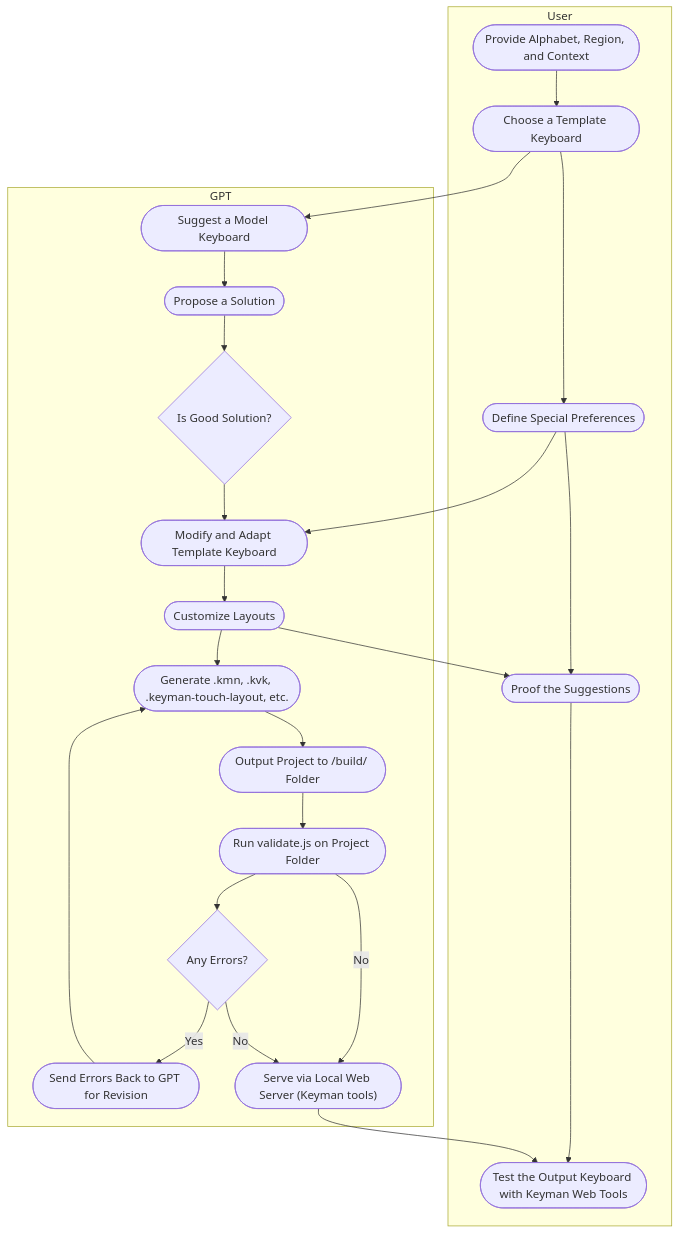
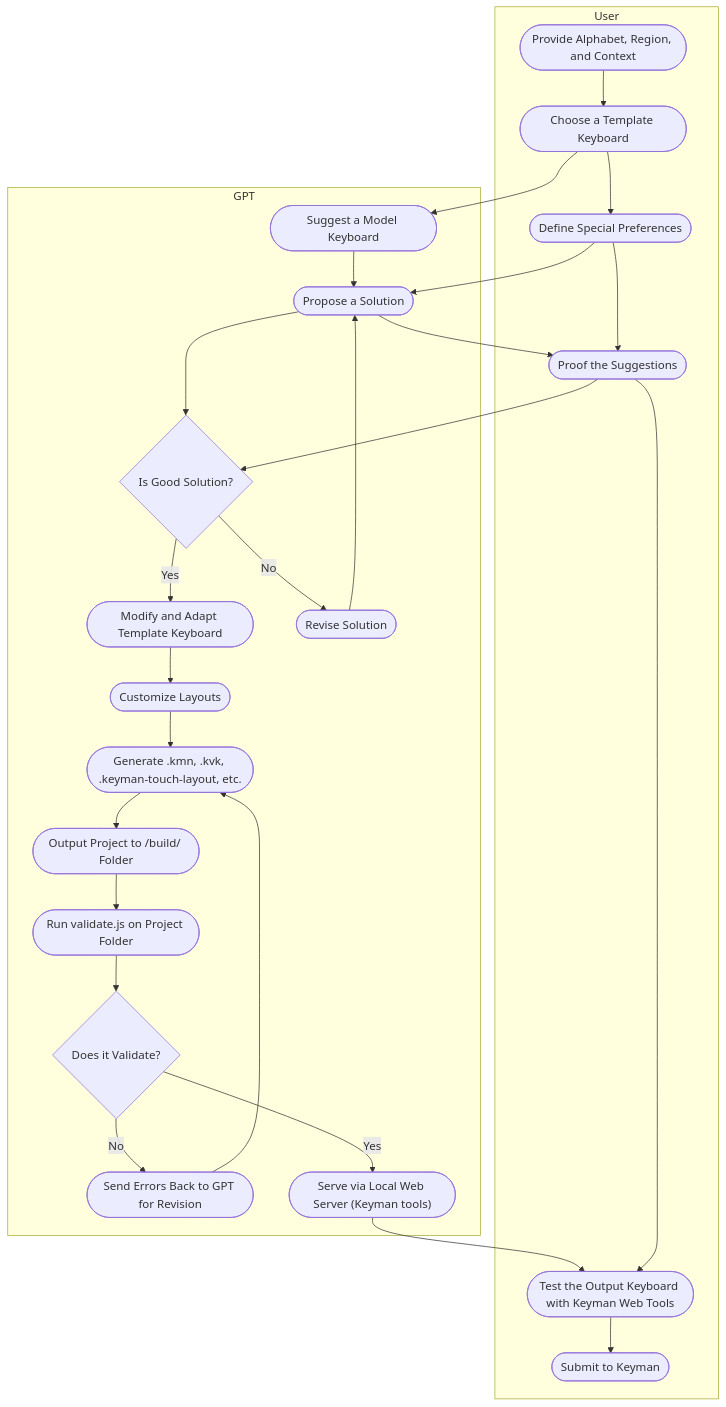
One commit to MattGyverLee/vscode-keyman-validator changed the diagram in validate.md. Above: the diagram before and after it, drawn with Mermaid.

````diff
--- a/validate.md
+++ b/validate.md
@@ -1,33 +1,34 @@
 ```mermaid
 flowchart TD
 
   subgraph User
     U1(["Provide Alphabet, Region, and Context"])
     U2(["Choose a Template Keyboard"])
     U3(["Define Special Preferences"])
     U4(["Proof the Suggestions"])
     U5(["Test the Output Keyboard with Keyman Web Tools"])
+    U6(["Submit to Keyman"])
   end
 
   subgraph GPT
     G1(["Suggest a Model Keyboard"])
     G2(["Modify and Adapt Template Keyboard"])
     G3(["Customize Layouts"])
     G4(["Generate .kmn, .kvk, .keyman-touch-layout, etc."])
     G5(["Run validate.js on Project Folder"])
-    G6{Any Errors?}
+    G6{Does it Validate?}
     G7(["Send Errors Back to GPT for Revision"])
     G8(["Propose a Solution"])
     G11{Is Good Solution?}
     G9(["Output Project to /build/ Folder"])
     G10(["Serve via Local Web Server (Keyman tools)"])
+    G12(["Revise Solution"])
   end
 
-  U1 --> U2 --> G1 --> G8 --> G11 --> G2
+  U1 --> U2 --> G1 --> G8 -->  G11 -- Yes --> G2 --> G3 --> G4 --> G9 --> G5 --> G6 -- Yes --> G10 --> U5 --> U6
+  G6 -- No --> G7 --> G4
+  G11 -- No --> G12 --> G8 --> U4 --> G11
   U2 --> U3 --> U4 --> U5
-  U3 --> G2 --> G3 --> G4 --> G9 --> G5
-  G5 --> G6 -- Yes --> G7 --> G4
-  G5 -- No --> G10 --> U5
-  G3 --> U4
-  G6 -- No --> G10
+  U3 --> G8
+  
 ```
````
